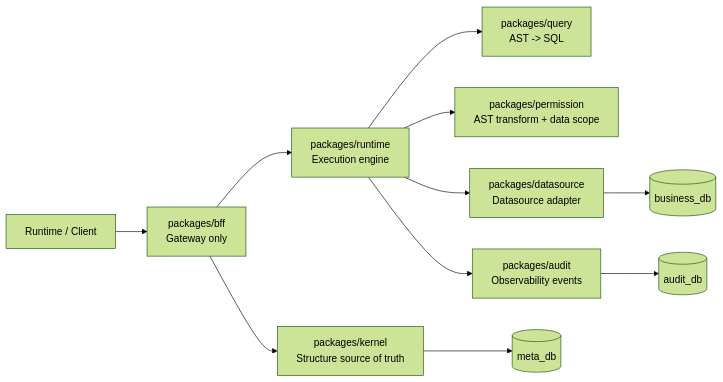
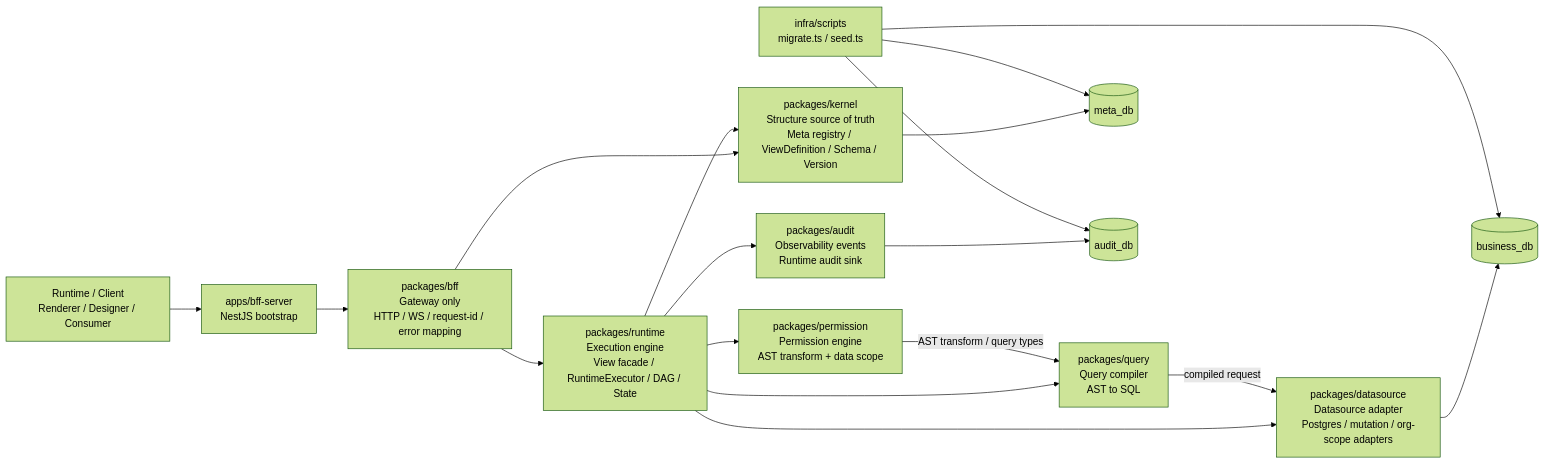
Before and after one commit to zhongmiao-org/meta-lc-platform: the diagram in README.md, drawn with Mermaid (forest theme). The commit also changed other lines of this file and 31 other files, not shown here.

First line of the commit message:
docs(readme): sync architecture flow boundaries (#128)

````diff
--- a/README.md
+++ b/README.md
@@ -13,13 +15,33 @@
 ```mermaid
 flowchart LR
-  Client["Runtime / Client"] --> BFF["packages/bff<br/>Gateway only"]
-  BFF --> Runtime["packages/runtime<br/>Execution engine"]
-  BFF --> Kernel["packages/kernel<br/>Structure source of truth"]
-  Runtime --> Query["packages/query<br/>AST -> SQL"]
-  Runtime --> Permission["packages/permission<br/>AST transform + data scope"]
-  Runtime --> Datasource["packages/datasource<br/>Datasource adapter"]
-  Runtime --> Audit["packages/audit<br/>Observability events"]
-  Kernel --> MetaDb[("meta_db")]
-  Datasource --> BusinessDb[("business_db")]
-  Audit --> AuditDb[("audit_db")]
+  Client["Runtime / Client<br/>Renderer / Designer / Consumer"]
+  BFFServer["apps/bff-server<br/>NestJS bootstrap"]
+  BFF["packages/bff<br/>Gateway only<br/>HTTP / WS / request-id / error mapping"]
+  Runtime["packages/runtime<br/>Execution engine<br/>View facade / RuntimeExecutor / DAG / State"]
+  Kernel["packages/kernel<br/>Structure source of truth<br/>Meta registry / ViewDefinition / Schema / Version"]
+  Query["packages/query<br/>Query compiler<br/>AST to SQL"]
+  Permission["packages/permission<br/>Permission engine<br/>AST transform + data scope"]
+  Datasource["packages/datasource<br/>Datasource adapter<br/>Postgres / mutation / org-scope adapters"]
+  Audit["packages/audit<br/>Observability events<br/>Runtime audit sink"]
+  InfraScripts["infra/scripts<br/>migrate.ts / seed.ts"]
+  MetaDb[("meta_db")]
+  BusinessDb[("business_db")]
+  AuditDb[("audit_db")]
+  Client --> BFFServer
+  BFFServer --> BFF
+  BFF --> Runtime
+  BFF --> Kernel
+  Runtime --> Kernel
+  Runtime --> Permission
+  Runtime --> Query
+  Runtime --> Datasource
+  Runtime --> Audit
+  Permission -->|"AST transform / query types"| Query
+  Query -->|"compiled request"| Datasource
+  Kernel --> MetaDb
+  Datasource --> BusinessDb
+  Audit --> AuditDb
+  InfraScripts --> MetaDb
+  InfraScripts --> BusinessDb
+  InfraScripts --> AuditDb
 ```
````
